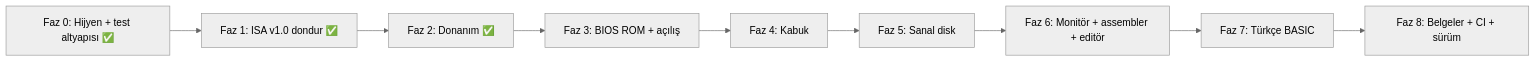
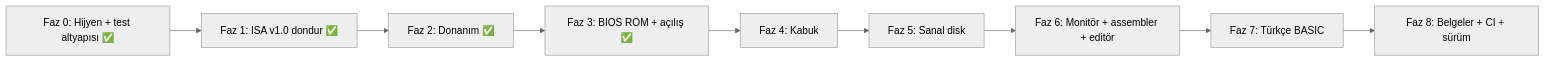
Before and after one commit to Yukselcsgn/TURK-8: the diagram in implementation_plan.md, drawn with Mermaid (neutral theme). The commit also changed other lines of this file and 8 other files, not shown here.

Commit message:
feat(bios): implement Phase 3 16KB BIOS ROM, system calls, and direct boot

````diff
--- a/implementation_plan.md
+++ b/implementation_plan.md
@@ -8,11 +8,11 @@
 ```mermaid
 flowchart LR
     F0["Faz 0: Hijyen + test altyapısı ✅"] --> F1["Faz 1: ISA v1.0 dondur ✅"]
     F1 --> F2["Faz 2: Donanım ✅"]
-    F2 --> F3["Faz 3: BIOS ROM + açılış"]
+    F2 --> F3["Faz 3: BIOS ROM + açılış ✅"]
     F3 --> F4["Faz 4: Kabuk"]
     F4 --> F5["Faz 5: Sanal disk"]
     F5 --> F6["Faz 6: Monitör + assembler + editör"]
     F6 --> F7["Faz 7: Türkçe BASIC"]
     F7 --> F8["Faz 8: Belgeler + CI + sürüm"]
 ```
````
